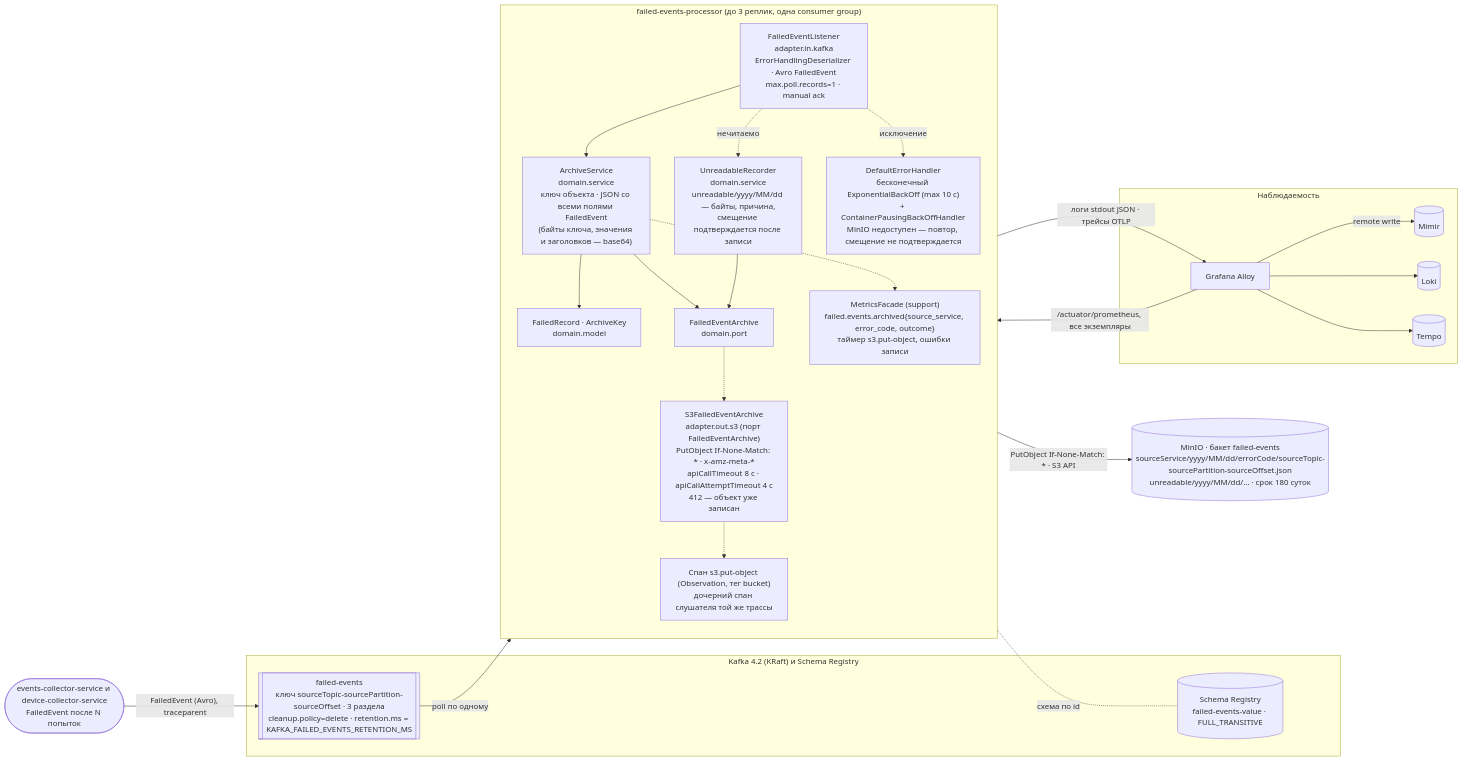
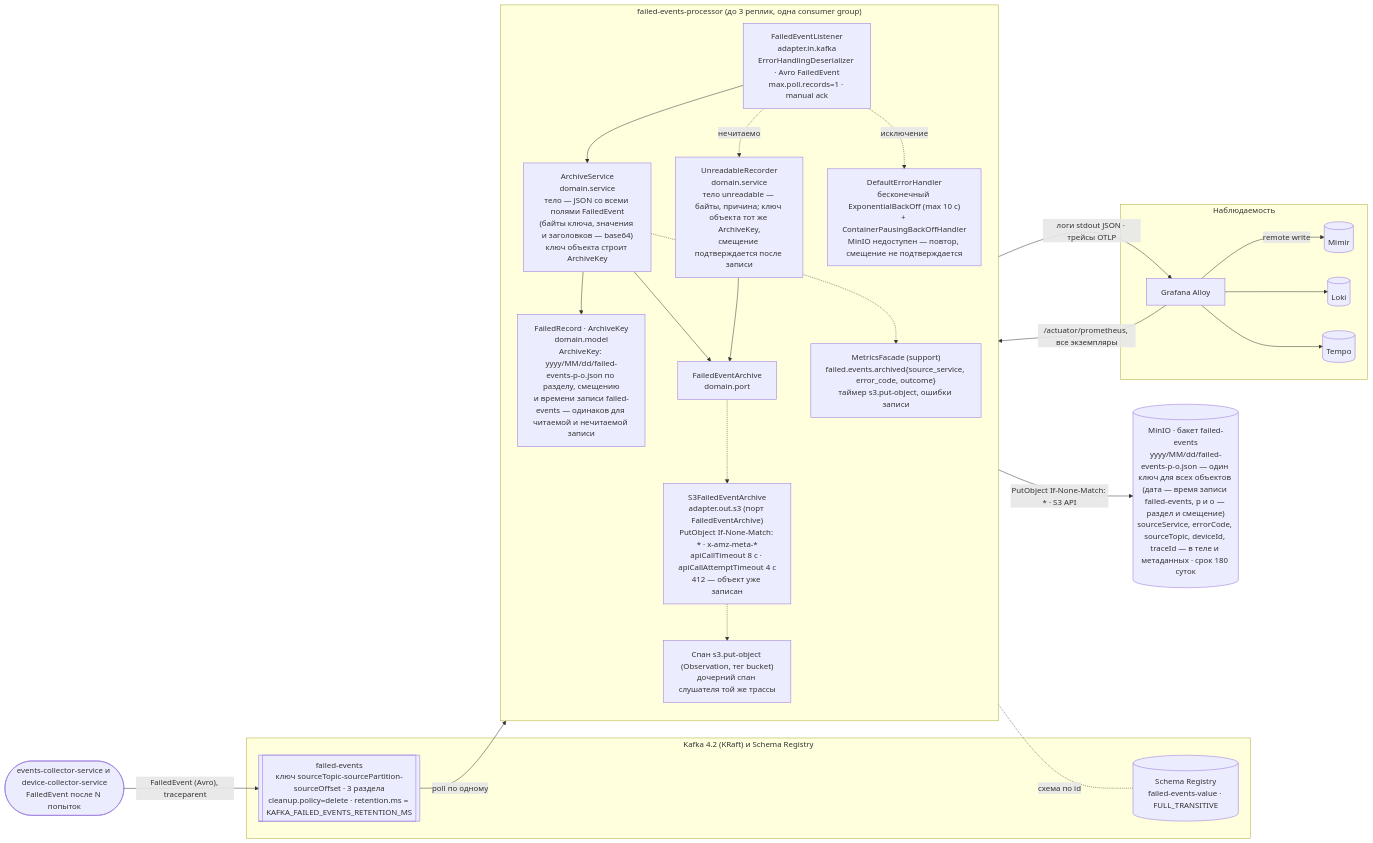
The diagram in diagrams/component-failed-events-processor.mmd (gluhov-d/iot-platform), drawn with Mermaid before and after one commit. The commit also changed 17 other files, not shown here.

First line of the commit message:
Дизайн: правки по ревью PR 6 - единый ключ объекта, исходные байты, порядок записей и ответственность за FailedEvent

```diff
--- a/diagrams/component-failed-events-processor.mmd
+++ b/diagrams/component-failed-events-processor.mmd
@@ -1,50 +1,50 @@
 %% Компоненты failed-events-processor и его окружение (архив ошибок в MinIO)
 flowchart LR
     ecs(["events-collector-service и device-collector-service<br/>FailedEvent после N попыток"])
 
     subgraph kafka["Kafka 4.2 (KRaft) и Schema Registry"]
         failed[["failed-events<br/>ключ sourceTopic-sourcePartition-sourceOffset · 3 раздела<br/>cleanup.policy=delete · retention.ms = KAFKA_FAILED_EVENTS_RETENTION_MS"]]
         sr[("Schema Registry<br/>failed-events-value · FULL_TRANSITIVE")]
     end
 
     subgraph svc["failed-events-processor (до 3 реплик, одна consumer group)"]
         direction TB
         listener["FailedEventListener<br/>adapter.in.kafka<br/>ErrorHandlingDeserializer · Avro FailedEvent<br/>max.poll.records=1 · manual ack"]
-        service["ArchiveService<br/>domain.service<br/>ключ объекта · JSON со всеми полями FailedEvent<br/>(байты ключа, значения и заголовков — base64)"]
-        model["FailedRecord · ArchiveKey<br/>domain.model"]
+        service["ArchiveService<br/>domain.service<br/>тело — JSON со всеми полями FailedEvent<br/>(байты ключа, значения и заголовков — base64)<br/>ключ объекта строит ArchiveKey"]
+        model["FailedRecord · ArchiveKey<br/>domain.model<br/>ArchiveKey: yyyy/MM/dd/failed-events-p-o.json по разделу, смещению<br/>и времени записи failed-events — одинаков для читаемой и нечитаемой записи"]
         port["FailedEventArchive<br/>domain.port"]
         s3["S3FailedEventArchive<br/>adapter.out.s3 (порт FailedEventArchive)<br/>PutObject If-None-Match: * · x-amz-meta-*<br/>apiCallTimeout 8 с · apiCallAttemptTimeout 4 с<br/>412 — объект уже записан"]
-        unreadable["UnreadableRecorder<br/>domain.service<br/>unreadable/yyyy/MM/dd — байты, причина,<br/>смещение подтверждается после записи"]
+        unreadable["UnreadableRecorder<br/>domain.service<br/>тело unreadable — байты, причина; ключ объекта тот же ArchiveKey,<br/>смещение подтверждается после записи"]
         errors["DefaultErrorHandler<br/>бесконечный ExponentialBackOff (max 10 с)<br/>+ ContainerPausingBackOffHandler<br/>MinIO недоступен — повтор, смещение не подтверждается"]
         metrics["MetricsFacade (support)<br/>failed.events.archived{source_service, error_code, outcome}<br/>таймер s3.put-object, ошибки записи"]
         tracing["Спан s3.put-object (Observation, тег bucket)<br/>дочерний спан слушателя той же трассы"]
 
         listener --> service
         service --> model
         service --> port
         port -.-> s3
         unreadable --> port
         listener -. "нечитаемо" .-> unreadable
         listener -. "исключение" .-> errors
         service -.-> metrics
         s3 -.-> tracing
     end
 
-    minio[("MinIO · бакет failed-events<br/>sourceService/yyyy/MM/dd/errorCode/sourceTopic-sourcePartition-sourceOffset.json<br/>unreadable/yyyy/MM/dd/… · срок 180 суток")]
+    minio[("MinIO · бакет failed-events<br/>yyyy/MM/dd/failed-events-p-o.json — один ключ для всех объектов (дата — время записи failed-events, p и o — раздел и смещение)<br/>sourceService, errorCode, sourceTopic, deviceId, traceId — в теле и метаданных · срок 180 суток")]
 
     subgraph obs["Наблюдаемость"]
         alloy["Grafana Alloy"]
         mimir[("Mimir")]
         loki[("Loki")]
         tempo[("Tempo")]
     end
 
     ecs -- "FailedEvent (Avro), traceparent" --> failed
     failed -- "poll по одному" --> listener
     listener -. "схема по id" .- sr
     s3 -- "PutObject If-None-Match: * · S3 API" --> minio
     svc -- "логи stdout JSON · трейсы OTLP" --> alloy
     alloy -- "/actuator/prometheus, все экземпляры" --> svc
     alloy -- "remote write" --> mimir
     alloy --> loki
     alloy --> tempo
```
